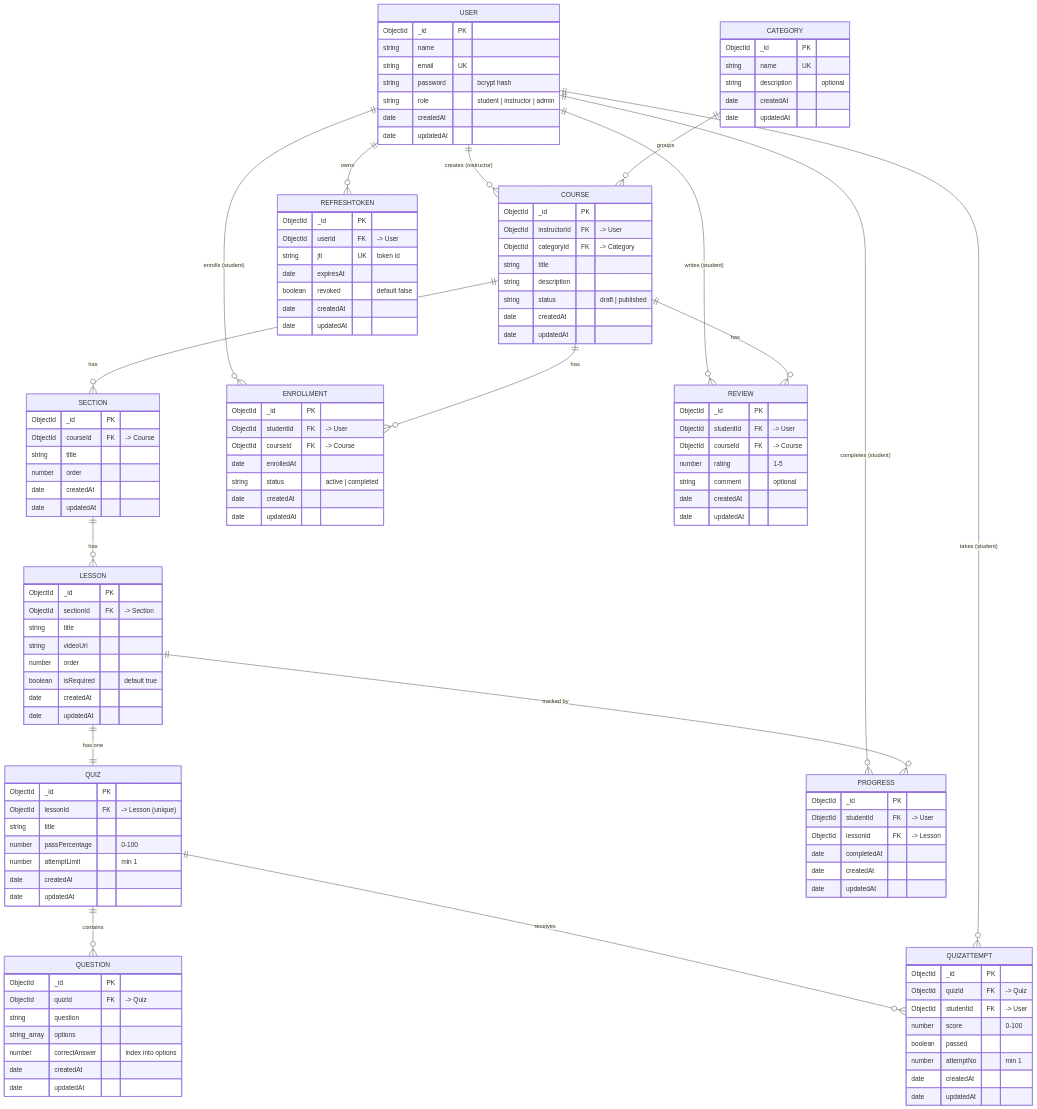
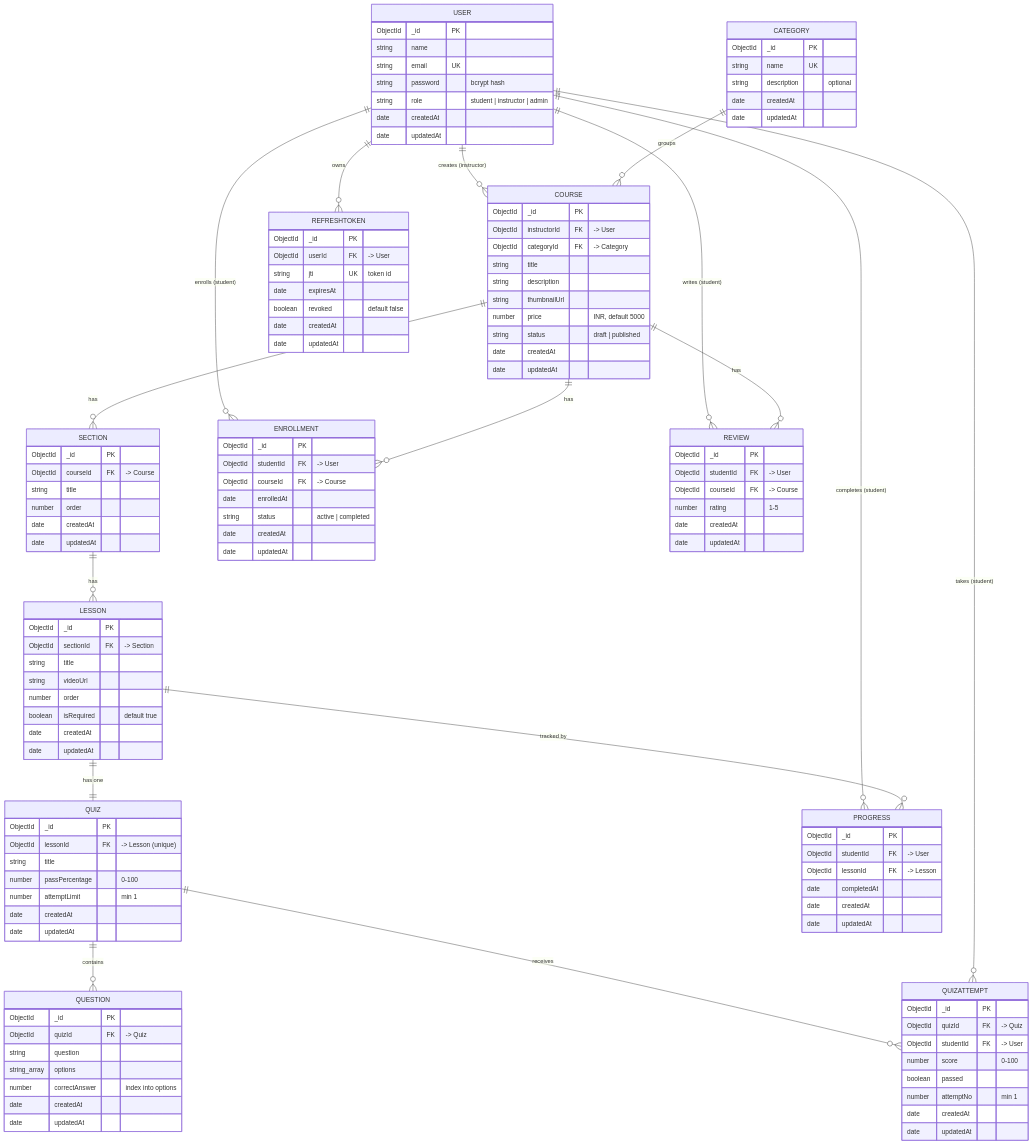
Before and after one commit to tanishqkhandelwalBigstep/Online-Course-Learning-Platform: the diagram in Backend/Database_design.md, drawn with Mermaid. The commit also changed other lines of this file and 42 other files, not shown here.

```diff
--- a/Backend/Database_design.md
+++ b/Backend/Database_design.md
@@ -70,6 +70,8 @@
         ObjectId categoryId FK "-> Category"
         string title
         string description
+        string thumbnailUrl
+        number price "INR, default 5000"
         string status "draft | published"
         date createdAt
         date updatedAt
@@ -150,7 +152,6 @@
         ObjectId studentId FK "-> User"
         ObjectId courseId FK "-> Course"
         number rating "1-5"
-        string comment "optional"
         date createdAt
         date updatedAt
     }
```
